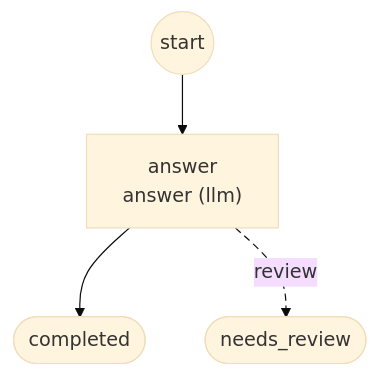
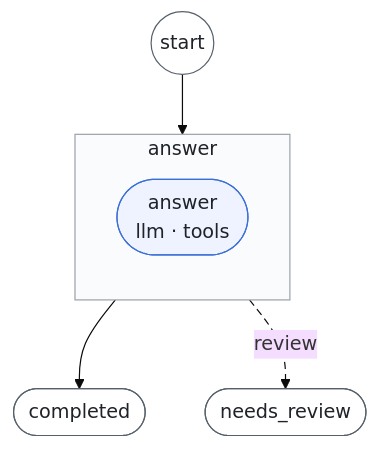
The second of 2 diagrams in examples/model_tool_loop/WORKFLOWS.md (sebastianwessel/foliqant), drawn with Mermaid (base theme) before and after one commit. The commit also changed other lines of this file and 21 other files, not shown here.

First line of the commit message:
Render workflow graphs as subgraphs with steps, shapes and a legend

````diff
--- a/examples/model_tool_loop/WORKFLOWS.md
+++ b/examples/model_tool_loop/WORKFLOWS.md
@@ -9,11 +39,20 @@
 ```mermaid
 flowchart TD
-  start((start))
-  flow_answer["answer<br/>answer (llm)"]
-  outcome_completed(["completed"])
-  outcome_needs_review(["needs_review"])
-  start --> flow_answer
-  flow_answer --> outcome_completed
-  flow_answer -.->|"review"| outcome_needs_review
+  start__((start))
+  subgraph answer["answer"]
+    direction TB
+    answer__answer(["answer<br/>llm · tools"])
+  end
+  outcome_completed__(["completed"])
+  outcome_needs_review__(["needs_review"])
+  start__ --> answer
+  answer --> outcome_completed__
+  answer -.->|"review"| outcome_needs_review__
+  classDef llm fill:#eef3ff,stroke:#3b6fd6,color:#1f2328
+  classDef flow fill:#fafbfc,stroke:#9aa1ab,color:#1f2328
+  classDef terminal fill:#ffffff,stroke:#57606a,color:#1f2328
+  class answer__answer llm
+  class answer flow
+  class start__,outcome_completed__,outcome_needs_review__ terminal
   linkStyle 2 stroke-dasharray: 6 4
 ```
````
